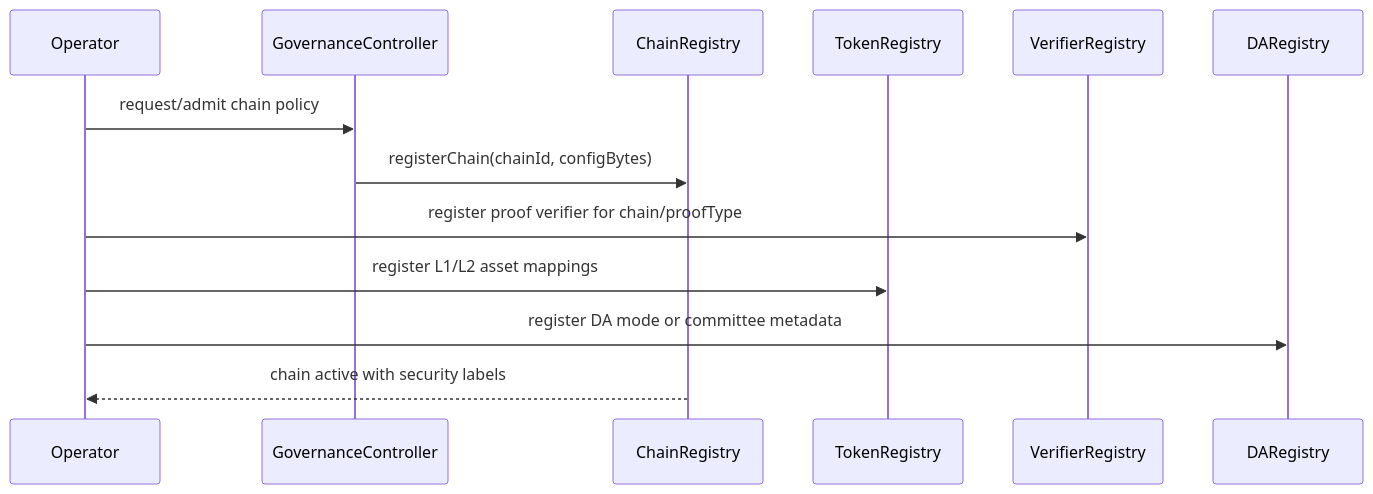
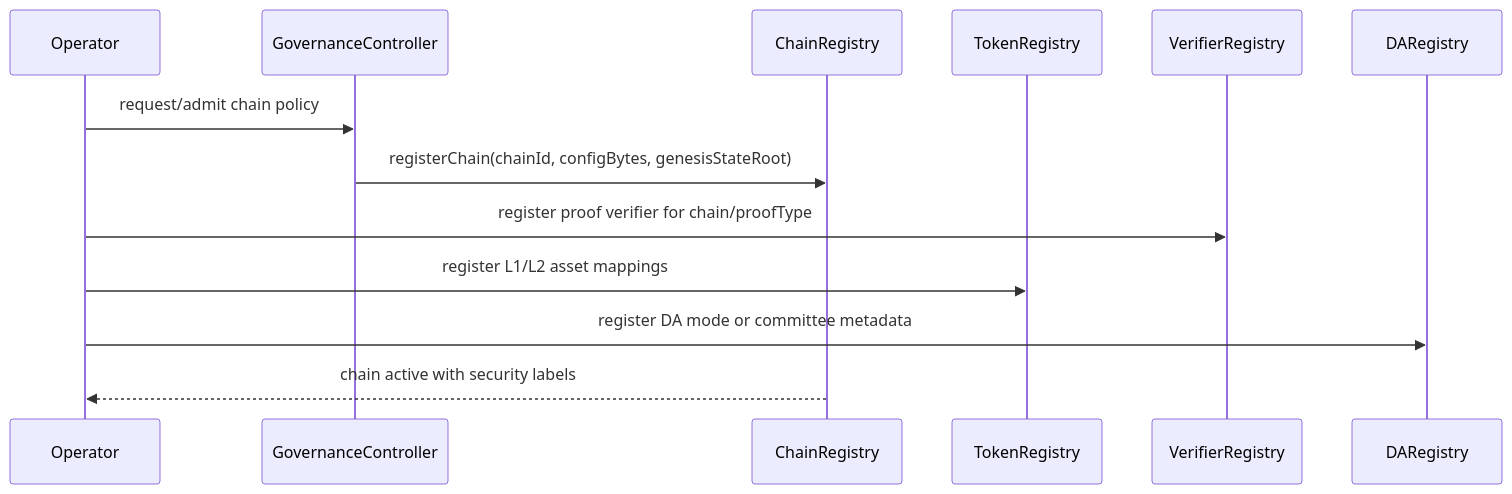
The third of 10 diagrams in docs/neohub-architecture-and-workflows.md (r3e-network/neo-n4), drawn with Mermaid before and after one commit. The commit also changed other lines of this file and 559 other files, not shown here.

````diff
--- a/docs/neohub-architecture-and-workflows.md
+++ b/docs/neohub-architecture-and-workflows.md
@@ -162,16 +162,16 @@
 ```mermaid
 sequenceDiagram
     participant Operator
     participant Governance as GovernanceController
     participant Chain as ChainRegistry
     participant Token as TokenRegistry
     participant Verifier as VerifierRegistry
     participant DA as DARegistry
 
     Operator->>Governance: request/admit chain policy
-    Governance->>Chain: registerChain(chainId, configBytes)
+    Governance->>Chain: registerChain(chainId, configBytes, genesisStateRoot)
     Operator->>Verifier: register proof verifier for chain/proofType
     Operator->>Token: register L1/L2 asset mappings
     Operator->>DA: register DA mode or committee metadata
     Chain-->>Operator: chain active with security labels
 ```
````
